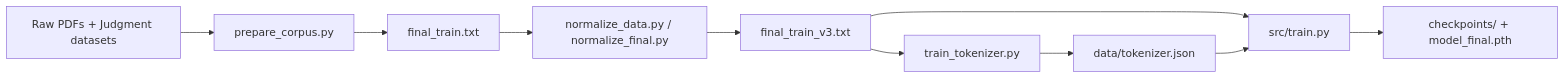
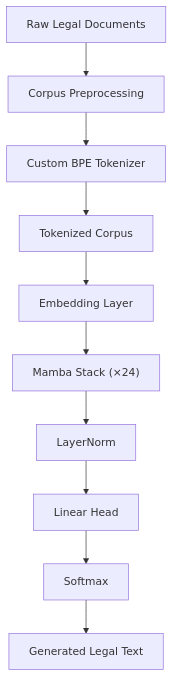
The first of 2 diagrams in README.md (Rishy-09/legal-mamba-indian-criminal-law), drawn with Mermaid before and after one commit. The commit also changed other lines of this file and 3 other files, not shown here.

````diff
--- a/README.md
+++ b/README.md
@@ -25,9 +86,24 @@
 ```mermaid
-flowchart LR
-	A[Raw PDFs + Judgment datasets] --> B[prepare_corpus.py]
-	B --> C[final_train.txt]
-	C --> D[normalize_data.py / normalize_final.py]
-	D --> E[final_train_v3.txt]
-	E --> F[train_tokenizer.py] --> G[data/tokenizer.json]
-	E & G --> H[src/train.py] --> I[checkpoints/ + model_final.pth]
+flowchart TD
+
+    A["Raw Legal Documents"]
+    B["Corpus Preprocessing"]
+    C["Custom BPE Tokenizer"]
+    D["Tokenized Corpus"]
+    E["Embedding Layer"]
+    F["Mamba Stack (×24)"]
+    G["LayerNorm"]
+    H["Linear Head"]
+    I["Softmax"]
+    J["Generated Legal Text"]
+
+    A --> B
+    B --> C
+    C --> D
+    D --> E
+    E --> F
+    F --> G
+    G --> H
+    H --> I
+    I --> J
 ```
````
